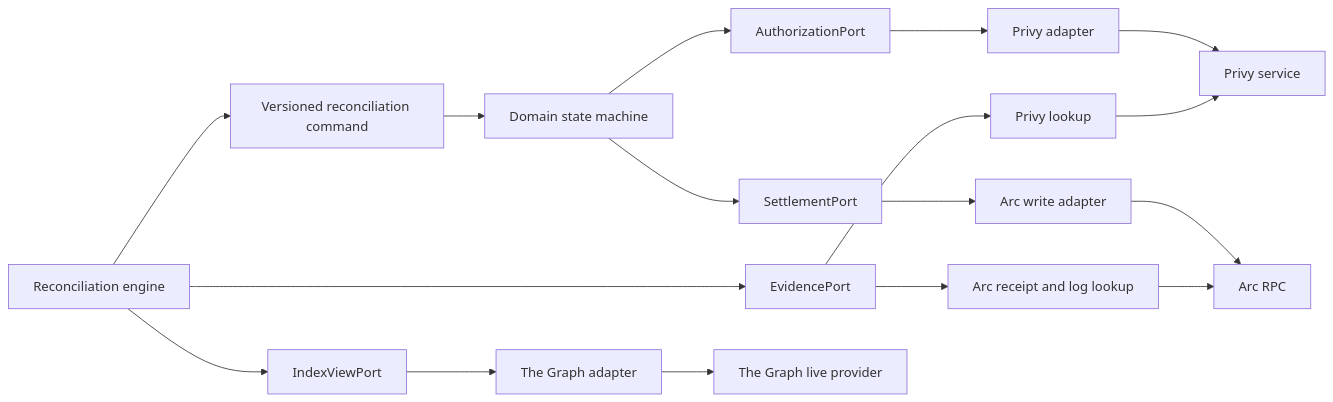
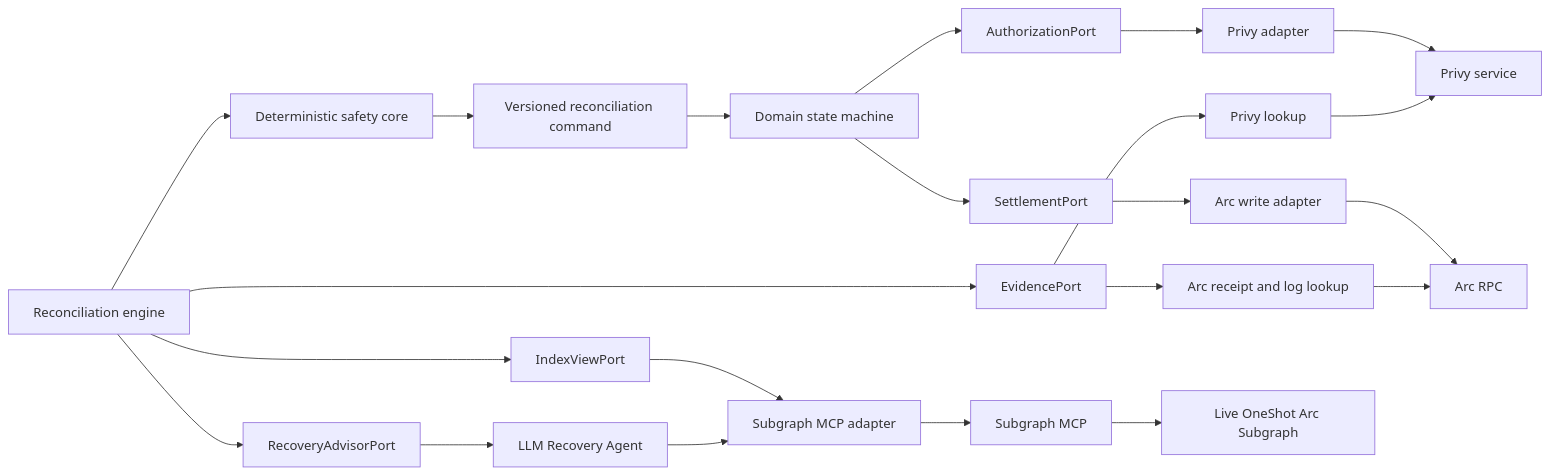
The sixth of 7 diagrams in docs/DOMAIN_ARCHITECTURE.md (SWOFART/OneShot), drawn with Mermaid before and after one commit. The commit also changed other lines of this file and 15 other files, not shown here.

Commit message:
docs(plan): clarify Subgraph MCP recovery flow

````diff
--- a/docs/DOMAIN_ARCHITECTURE.md
+++ b/docs/DOMAIN_ARCHITECTURE.md
@@ -205,25 +214,30 @@
 ```mermaid
 flowchart LR
     Domain[Domain state machine]
     Reconciliation[Reconciliation engine]
     Command[Versioned reconciliation command]
 
     Domain --> Auth[AuthorizationPort]
     Domain --> Settle[SettlementPort]
     Reconciliation --> Evidence[EvidencePort]
     Reconciliation --> Index[IndexViewPort]
-    Reconciliation --> Command
+    Reconciliation --> Advisor[RecoveryAdvisorPort]
+    Reconciliation --> SafetyCore[Deterministic safety core]
+    SafetyCore --> Command
     Command --> Domain
 
     Auth --> Privy[Privy adapter]
     Settle --> ArcWrite[Arc write adapter]
     Evidence --> PrivyRead[Privy lookup]
     Evidence --> ArcRead[Arc receipt and log lookup]
-    Index --> HistoryAdapter[The Graph adapter]
+    Index --> MCPAdapter[Subgraph MCP adapter]
+    Advisor --> RecoveryAgent[LLM Recovery Agent]
 
     Privy --> External1[Privy service]
     ArcWrite --> External2[Arc RPC]
     PrivyRead --> External1
     ArcRead --> External2
-    HistoryAdapter --> External3[The Graph live provider]
+    RecoveryAgent --> MCPAdapter
+    MCPAdapter --> MCP[Subgraph MCP]
+    MCP --> External3[Live OneShot Arc Subgraph]
 ```
````
